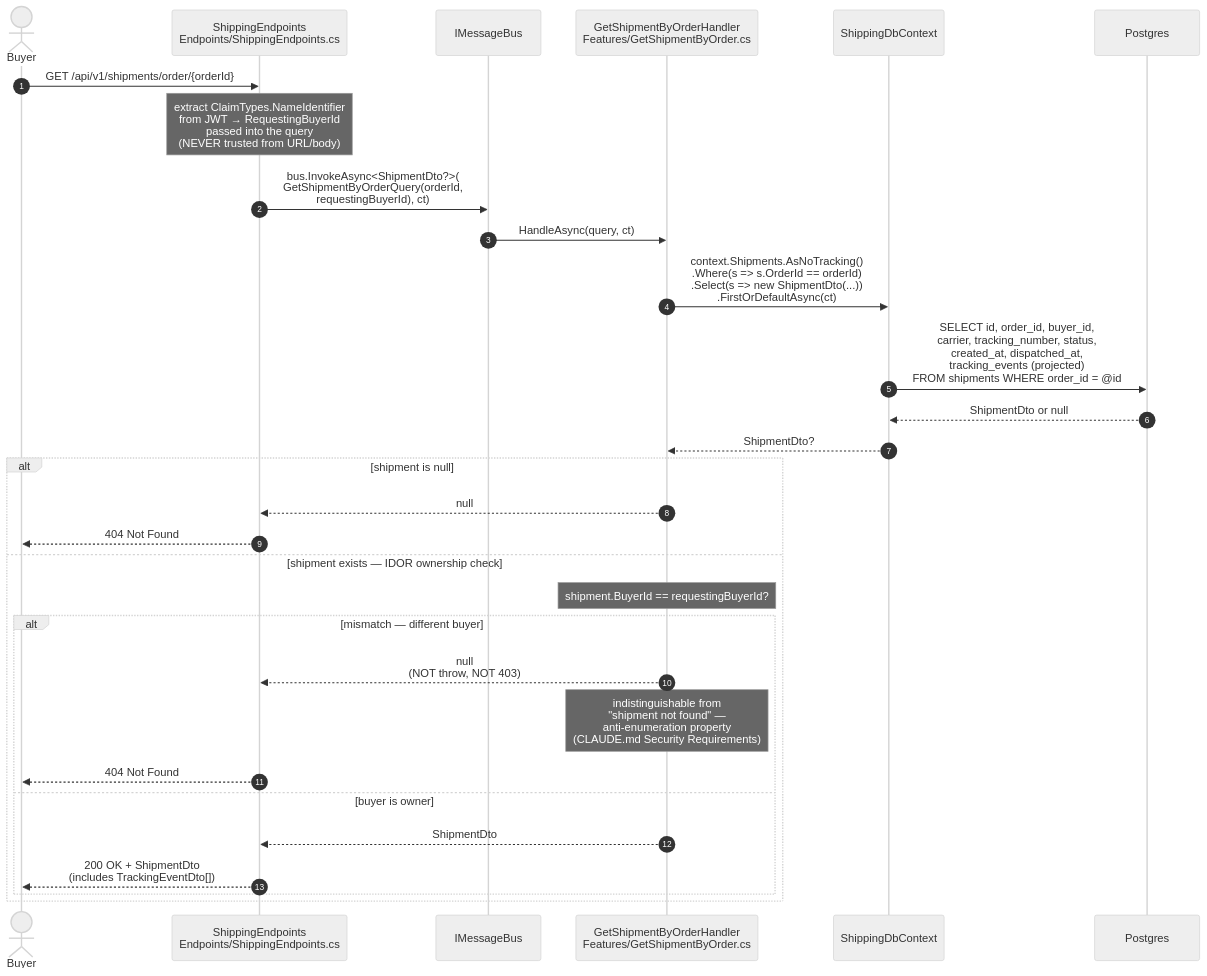
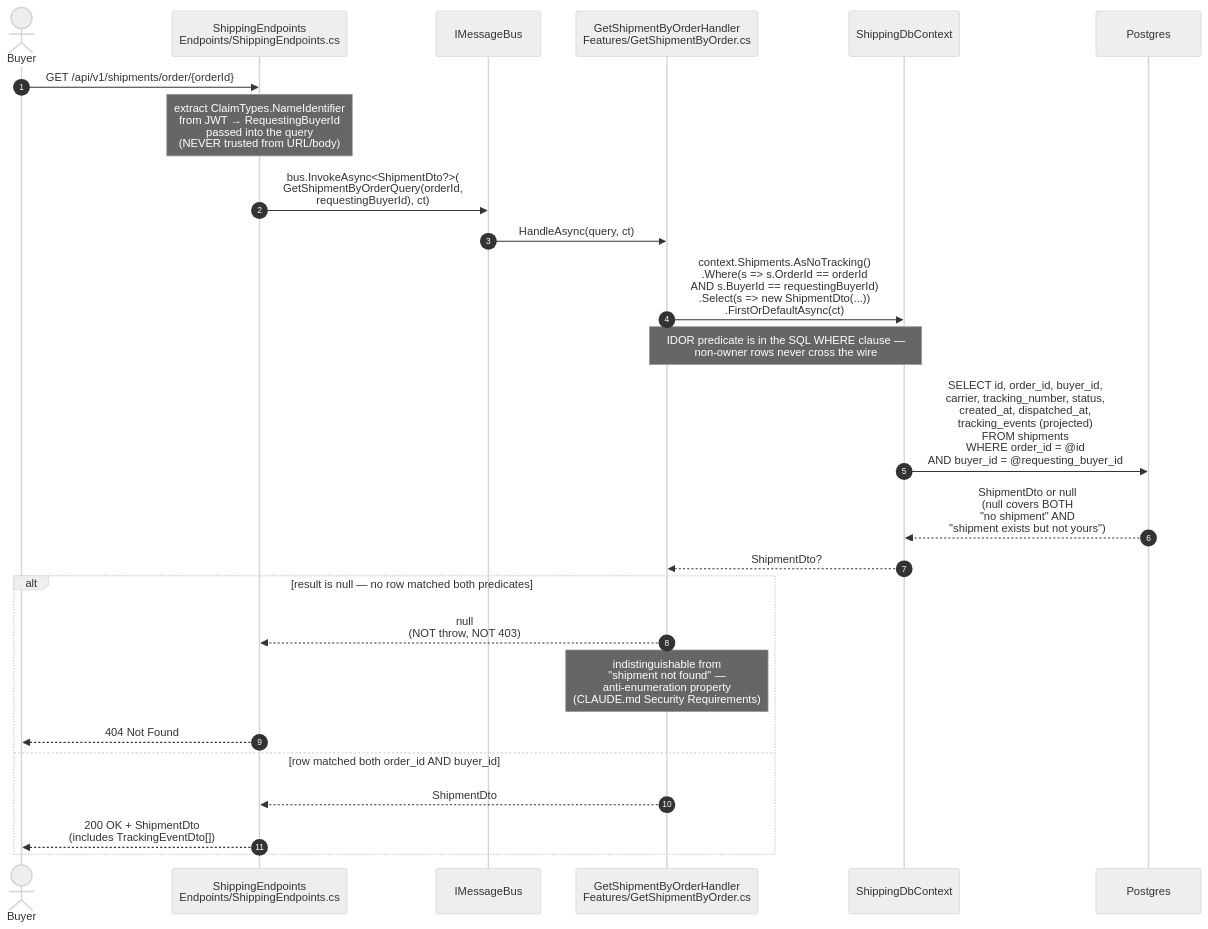
One commit to emeraldleaf/NextAurora changed the second of 3 diagrams in docs/code-flows/shippingservice.md. Above: the diagram before and after it, drawn with Mermaid (neutral theme). The commit also changed other lines of this file, not shown here.

Commit message:
docs(shipping-flow): align IDOR-read flow text with EF Where-clause predicate
Copilot's PR review flagged docs/code-flows/shippingservice.md as having
"IDOR-read flow text still needs alignment." The Flow 2 sequence diagram and
explanatory text described the pre-refactor pattern where the handler filtered
by OrderId only, then did a separate in-memory BuyerId check on the
materialized DTO. After 065b4e3 the predicate moved into the EF Where clause —
the handler now runs a single FirstOrDefaultAsync with BOTH OrderId AND
BuyerId in SQL, and non-owner rows never cross the wire.

Mermaid sequence updated to show the combined Where clause + a Note clarifying
that null covers both "no shipment" and "shipment exists but not yours". The
"Why null → 404" + "Why the ownership check lives in the SQL predicate" prose
rewritten to match the actual code. Same external null → 404 contract; just
the explanation now matches what the code does.

````diff
--- a/docs/code-flows/shippingservice.md
+++ b/docs/code-flows/shippingservice.md
@@ -66,35 +66,30 @@
 ```mermaid
 sequenceDiagram
     autonumber
     actor Buyer
     participant EP as ShippingEndpoints<br/>Endpoints/ShippingEndpoints.cs
     participant Bus as IMessageBus
     participant H as GetShipmentByOrderHandler<br/>Features/GetShipmentByOrder.cs
     participant Ctx as ShippingDbContext
     participant DB as Postgres
 
     Buyer->>EP: GET /api/v1/shipments/order/{orderId}
     Note over EP: extract ClaimTypes.NameIdentifier<br/>from JWT → RequestingBuyerId<br/>passed into the query<br/>(NEVER trusted from URL/body)
     EP->>Bus: bus.InvokeAsync<ShipmentDto?>(<br/>  GetShipmentByOrderQuery(orderId,<br/>    requestingBuyerId), ct)
     Bus->>H: HandleAsync(query, ct)
 
-    H->>Ctx: context.Shipments.AsNoTracking()<br/>.Where(s => s.OrderId == orderId)<br/>.Select(s => new ShipmentDto(...))<br/>.FirstOrDefaultAsync(ct)
-    Ctx->>DB: SELECT id, order_id, buyer_id,<br/>carrier, tracking_number, status,<br/>created_at, dispatched_at,<br/>tracking_events (projected)<br/>FROM shipments WHERE order_id = @id
-    DB-->>Ctx: ShipmentDto or null
+    H->>Ctx: context.Shipments.AsNoTracking()<br/>.Where(s => s.OrderId == orderId<br/>  AND s.BuyerId == requestingBuyerId)<br/>.Select(s => new ShipmentDto(...))<br/>.FirstOrDefaultAsync(ct)
+    Note over H,Ctx: IDOR predicate is in the SQL WHERE clause —<br/>non-owner rows never cross the wire
+    Ctx->>DB: SELECT id, order_id, buyer_id,<br/>carrier, tracking_number, status,<br/>created_at, dispatched_at,<br/>tracking_events (projected)<br/>FROM shipments<br/>WHERE order_id = @id<br/>  AND buyer_id = @requesting_buyer_id
+    DB-->>Ctx: ShipmentDto or null<br/>(null covers BOTH<br/>"no shipment" AND<br/>"shipment exists but not yours")
     Ctx-->>H: ShipmentDto?
 
-    alt shipment is null
-        H-->>EP: null
+    alt result is null — no row matched both predicates
+        H-->>EP: null<br/>(NOT throw, NOT 403)
+        Note over H: indistinguishable from<br/>"shipment not found" —<br/>anti-enumeration property<br/>(CLAUDE.md Security Requirements)
         EP-->>Buyer: 404 Not Found
-    else shipment exists — IDOR ownership check
-        Note over H: shipment.BuyerId == requestingBuyerId?
-        alt mismatch — different buyer
-            H-->>EP: null<br/>(NOT throw, NOT 403)
-            Note over H: indistinguishable from<br/>"shipment not found" —<br/>anti-enumeration property<br/>(CLAUDE.md Security Requirements)
-            EP-->>Buyer: 404 Not Found
-        else buyer is owner
-            H-->>EP: ShipmentDto
-            EP-->>Buyer: 200 OK + ShipmentDto<br/>(includes TrackingEventDto[])
-        end
+    else row matched both order_id AND buyer_id
+        H-->>EP: ShipmentDto
+        EP-->>Buyer: 200 OK + ShipmentDto<br/>(includes TrackingEventDto[])
     end
 ```
````
